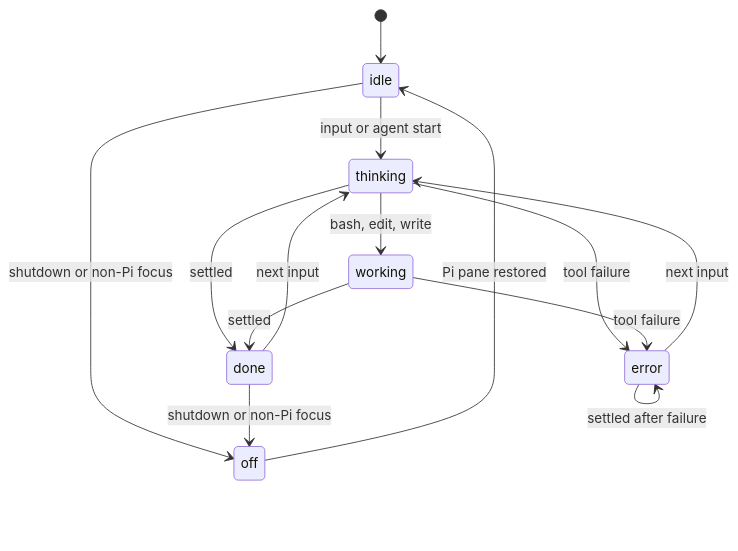
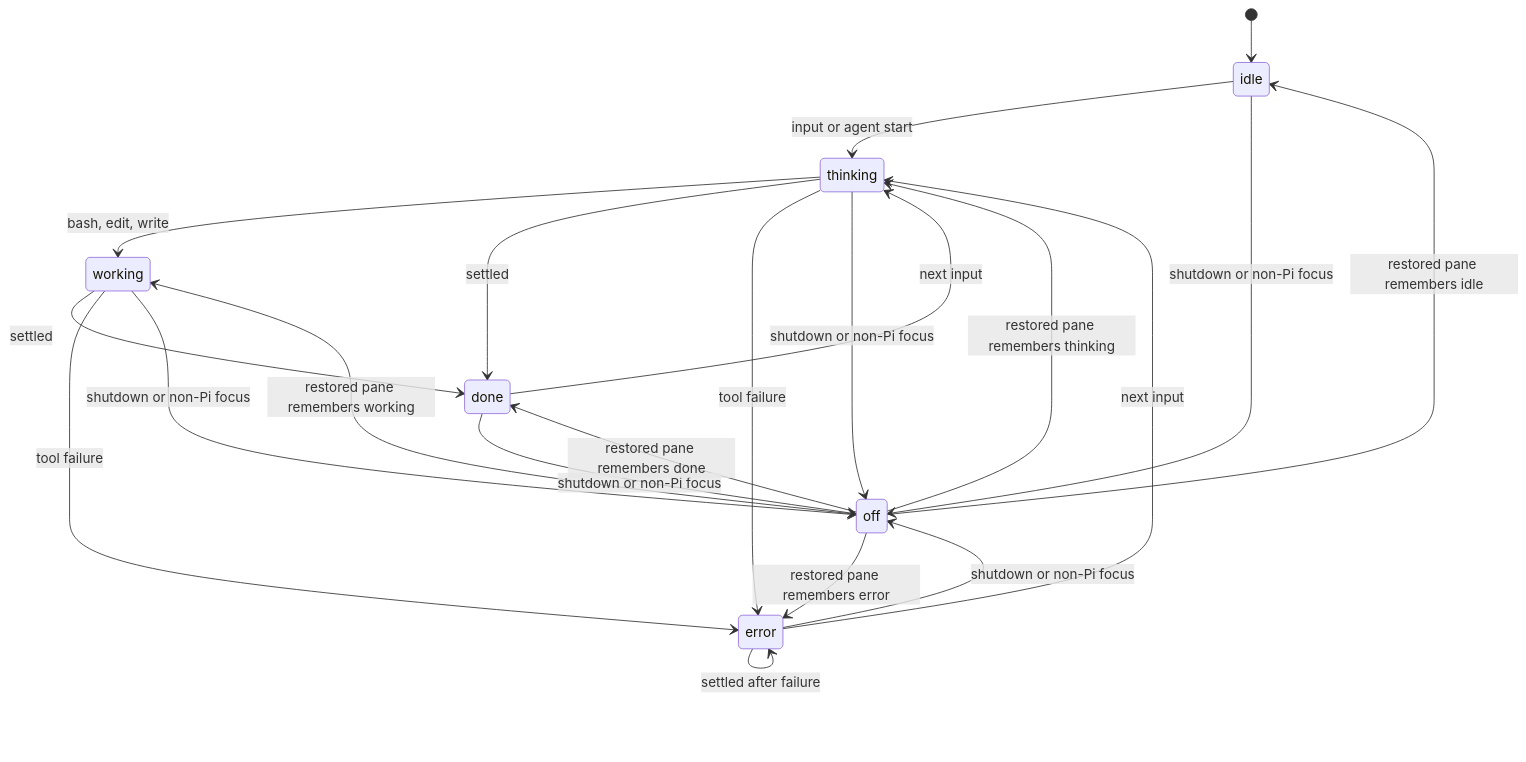
Before and after one commit to iurysza/pi-ghost-in-the-machine: the diagram in ai-artifacts/docs/lifecycle.md, drawn with Mermaid. The commit also changed other lines of this file and 17 other files, not shown here.

````diff
--- a/ai-artifacts/docs/lifecycle.md
+++ b/ai-artifacts/docs/lifecycle.md
@@ -3,16 +7,23 @@
 ```mermaid
 stateDiagram-v2
     [*] --> idle
     idle --> thinking: input or agent start
     done --> thinking: next input
     error --> thinking: next input
     thinking --> working: bash, edit, write
     thinking --> done: settled
     working --> done: settled
     thinking --> error: tool failure
     working --> error: tool failure
     error --> error: settled after failure
     idle --> off: shutdown or non-Pi focus
+    thinking --> off: shutdown or non-Pi focus
+    working --> off: shutdown or non-Pi focus
     done --> off: shutdown or non-Pi focus
-    off --> idle: Pi pane restored
+    error --> off: shutdown or non-Pi focus
+    off --> idle: restored pane remembers idle
+    off --> thinking: restored pane remembers thinking
+    off --> working: restored pane remembers working
+    off --> done: restored pane remembers done
+    off --> error: restored pane remembers error
 ```
````
